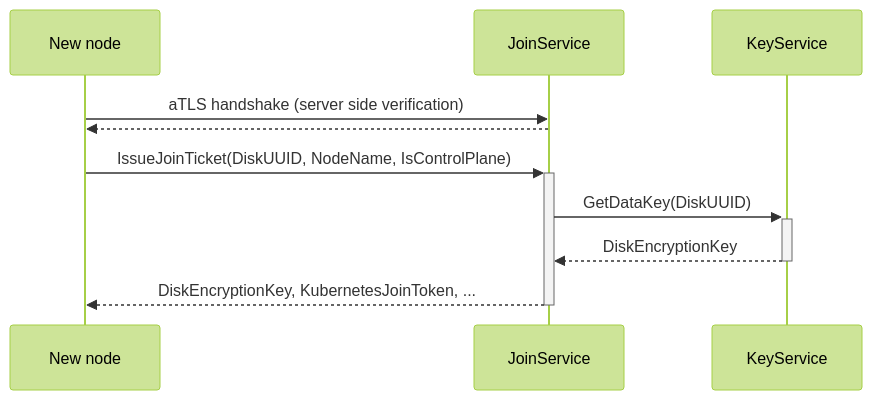
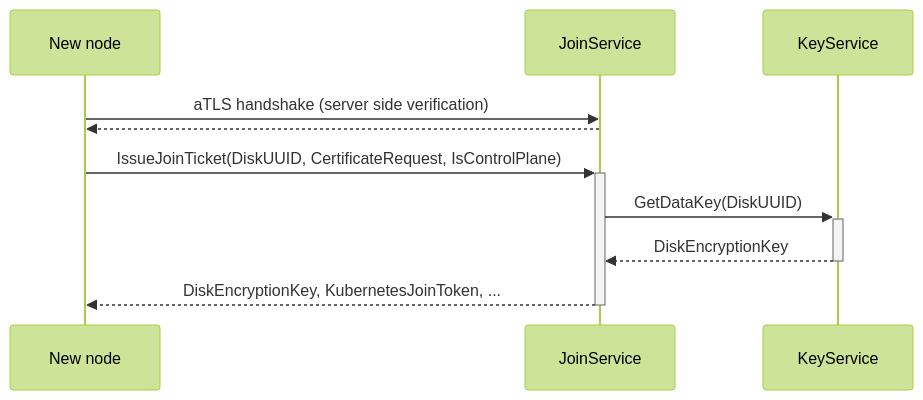
One commit to edgelesssys/constellation changed the second of 2 diagrams in docs/docs/architecture/components/microservices.md. Above: the diagram before and after it, drawn with Mermaid (forest theme). The commit also changed other lines of this file and 6 other files, not shown here.

````diff
--- a/docs/docs/architecture/components/microservices.md
+++ b/docs/docs/architecture/components/microservices.md
@@ -50,11 +50,11 @@
 ```mermaid
 sequenceDiagram
     participant New node
     participant JoinService
     New node->>JoinService: aTLS handshake (server side verification)
     JoinService-->>New node: #
-    New node->>+JoinService: IssueJoinTicket(DiskUUID, NodeName, IsControlPlane)
+    New node->>+JoinService: IssueJoinTicket(DiskUUID, CertificateRequest, IsControlPlane)
     JoinService->>+KeyService: GetDataKey(DiskUUID)
     KeyService-->>-JoinService: DiskEncryptionKey
     JoinService-->>-New node: DiskEncryptionKey, KubernetesJoinToken, ...
 ```
````
